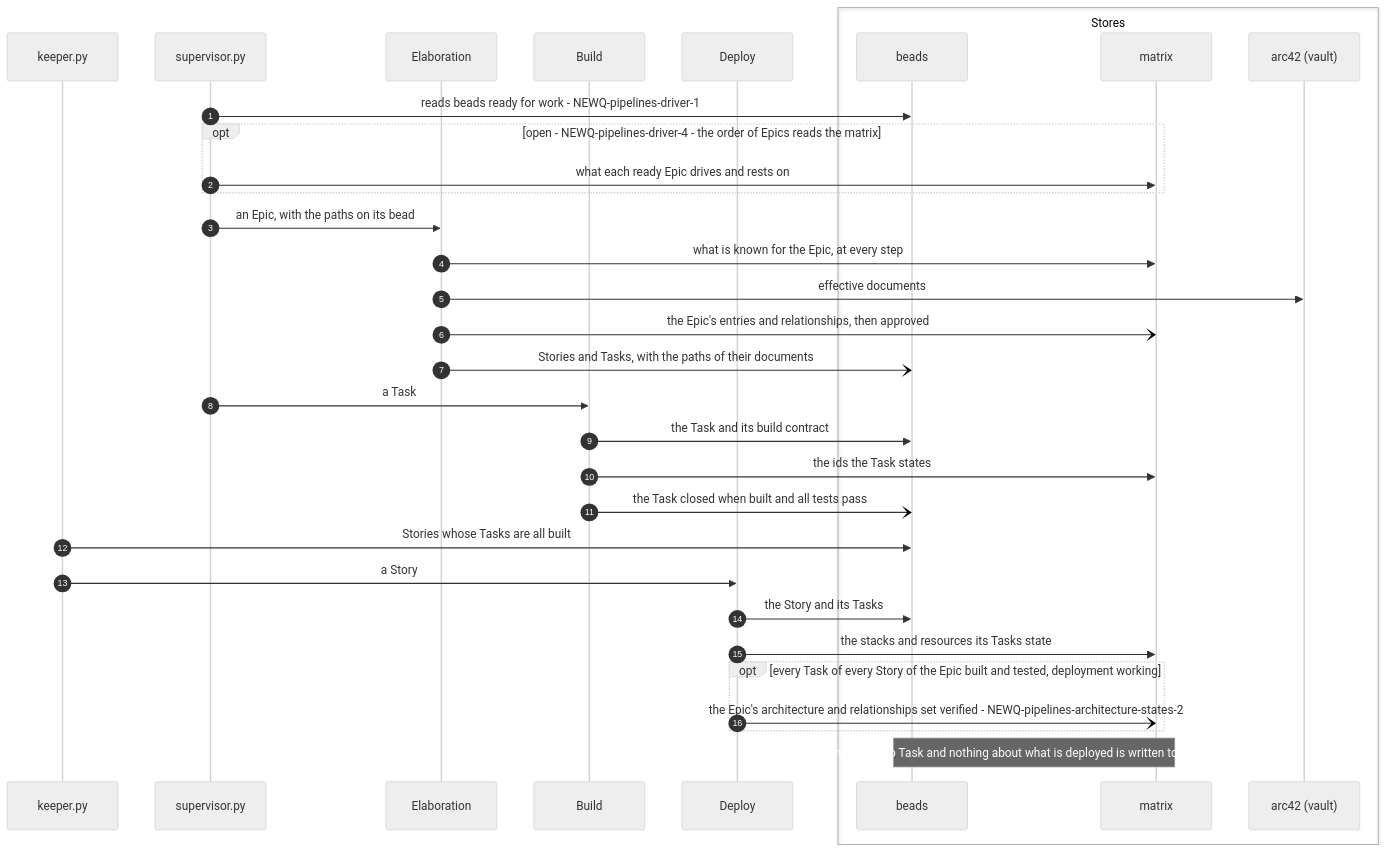
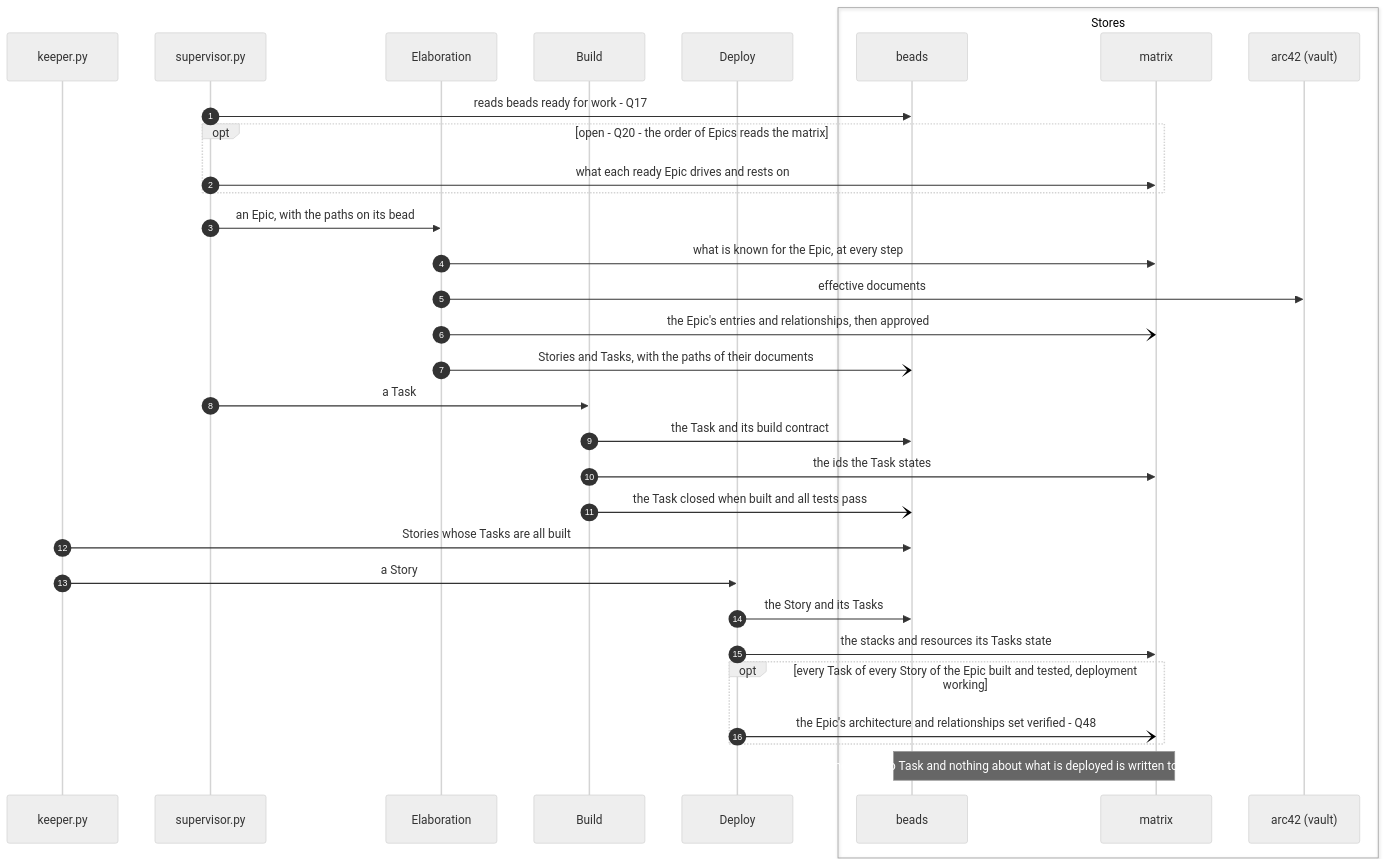
Before and after one commit to mark-satterfield/toolset: the eighth of 8 diagrams in plugins/agent-teams-workforce/blueprint/design/pipelines-driver.md, drawn with Mermaid (neutral theme). The commit also changed other lines of this file and 7 other files, not shown here.

First line of the commit message:
docs(blueprint): show PRD, build, deploy and driver pipelines only as the owner wants them

````diff
--- a/plugins/agent-teams-workforce/blueprint/design/pipelines-driver.md
+++ b/plugins/agent-teams-workforce/blueprint/design/pipelines-driver.md
@@ -342,36 +342,36 @@
 ```mermaid
 sequenceDiagram
     autonumber
     participant K as keeper.py
     participant S as supervisor.py
     participant EL as Elaboration
     participant BU as Build
     participant DE as Deploy
     box Stores
         participant BD as beads
         participant MX as matrix
         participant A42 as arc42 (vault)
     end
 
-    S->>BD: reads beads ready for work - NEWQ-pipelines-driver-1
-    opt open - NEWQ-pipelines-driver-4 - the order of Epics reads the matrix
+    S->>BD: reads beads ready for work - Q17
+    opt open - Q20 - the order of Epics reads the matrix
         S->>MX: what each ready Epic drives and rests on
     end
     S->>EL: an Epic, with the paths on its bead
     EL->>MX: what is known for the Epic, at every step
     EL->>A42: effective documents
     EL-)MX: the Epic's entries and relationships, then approved
     EL-)BD: Stories and Tasks, with the paths of their documents
     S->>BU: a Task
     BU->>BD: the Task and its build contract
     BU->>MX: the ids the Task states
     BU-)BD: the Task closed when built and all tests pass
     K->>BD: Stories whose Tasks are all built
     K->>DE: a Story
     DE->>BD: the Story and its Tasks
     DE->>MX: the stacks and resources its Tasks state
     opt every Task of every Story of the Epic built and tested, deployment working
-        DE-)MX: the Epic's architecture and relationships set verified - NEWQ-pipelines-architecture-states-2
+        DE-)MX: the Epic's architecture and relationships set verified - Q48
     end
     Note over BD,MX: no Story, no Task and nothing about what is deployed is written to the matrix
 ```
````
